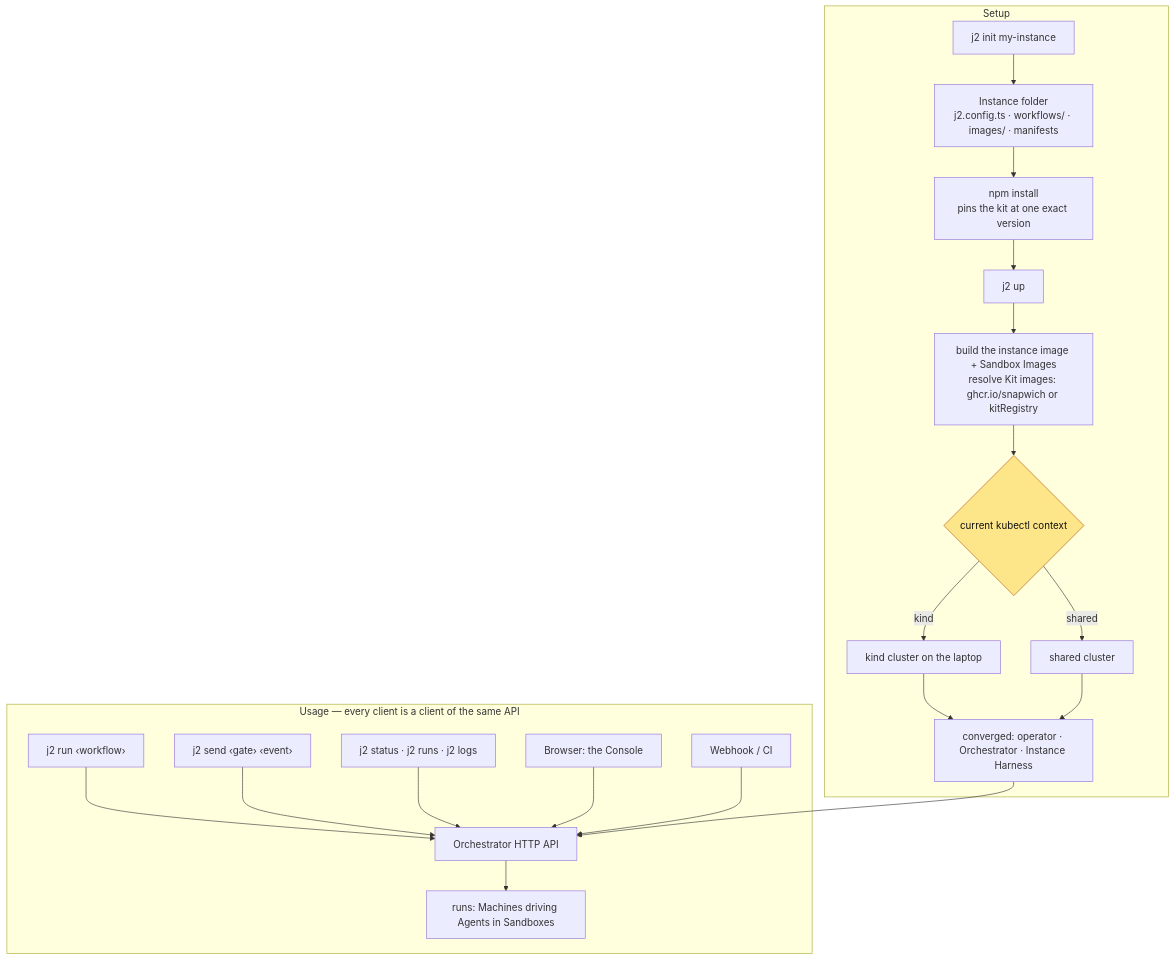
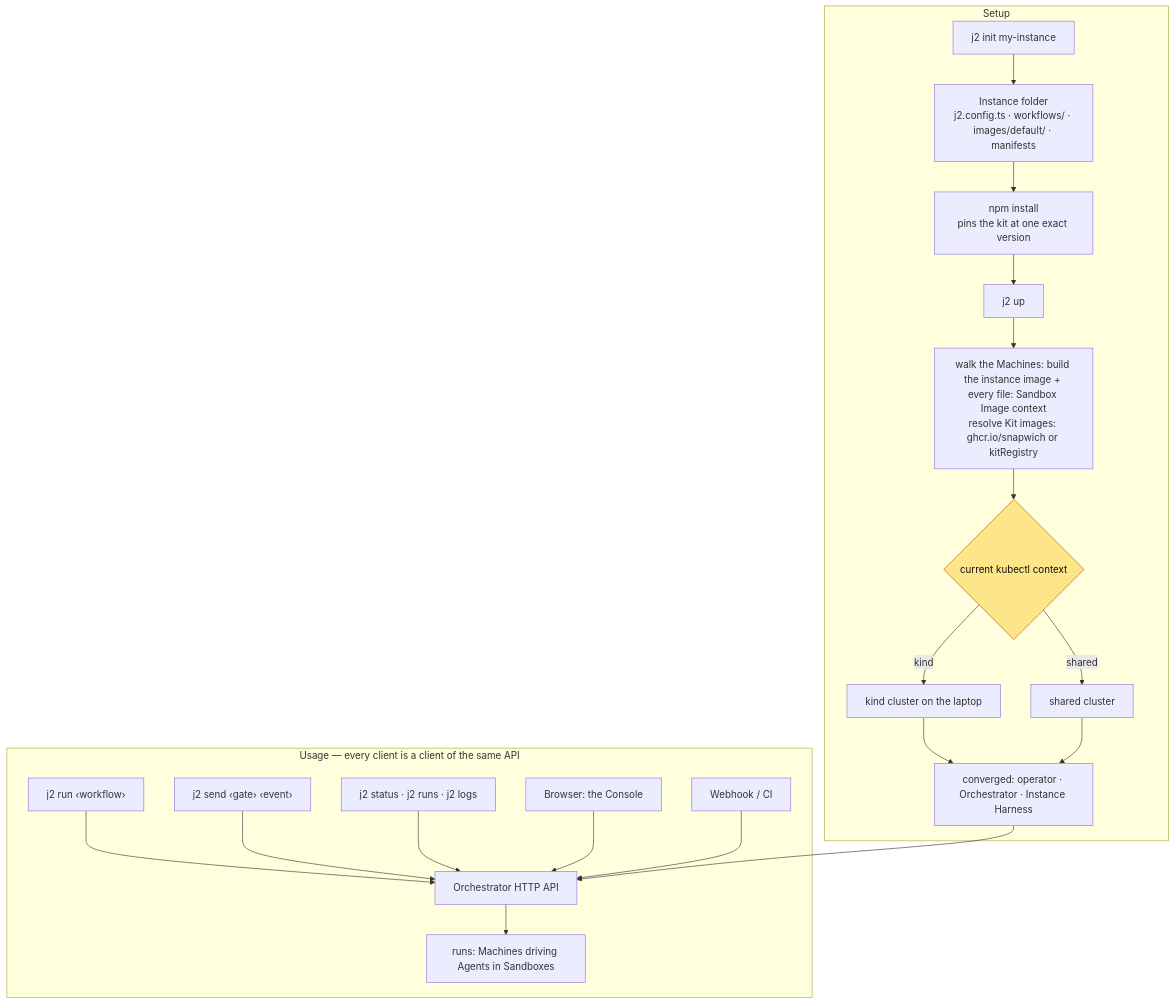
One commit to snapwich/jr2 changed the third of 4 diagrams in docs/architecture.md. Above: the diagram before and after it, drawn with Mermaid. The commit also changed 27 other files, not shown here.

````diff
--- a/docs/architecture.md
+++ b/docs/architecture.md
@@ -177,28 +177,28 @@
 ```mermaid
 flowchart TB
   subgraph setup["Setup"]
-    init["j2 init my-instance"] --> folder["Instance folder<br/>j2.config.ts · workflows/ · images/ · manifests"]
+    init["j2 init my-instance"] --> folder["Instance folder<br/>j2.config.ts · workflows/ · images/default/ · manifests"]
     folder --> install["npm install<br/>pins the kit at one exact version"]
     install --> up["j2 up"]
-    up --> imgs["build the instance image + Sandbox Images<br/>resolve Kit images: ghcr.io/snapwich or kitRegistry"]
+    up --> imgs["walk the Machines: build the instance image + every file: Sandbox Image context<br/>resolve Kit images: ghcr.io/snapwich or kitRegistry"]
     imgs --> ctx{"current kubectl context"}
     ctx -->|kind| kind["kind cluster on the laptop"]
     ctx -->|shared| shared["shared cluster"]
     kind --> conv["converged: operator · Orchestrator · Instance Harness"]
     shared --> conv
   end
 
   subgraph usage["Usage — every client is a client of the same API"]
     run["j2 run ‹workflow›"] --> api["Orchestrator HTTP API"]
     send["j2 send ‹gate› ‹event›"] --> api
     status["j2 status · j2 runs · j2 logs"] --> api
     console["Browser: the Console"] --> api
     hook["Webhook / CI"] --> api
     api --> runs["runs: Machines driving Agents in Sandboxes"]
   end
 
   conv --> api
 
   classDef fork fill:#fde68a,stroke:#b45309,color:#111
   class ctx fork
 ```
````
